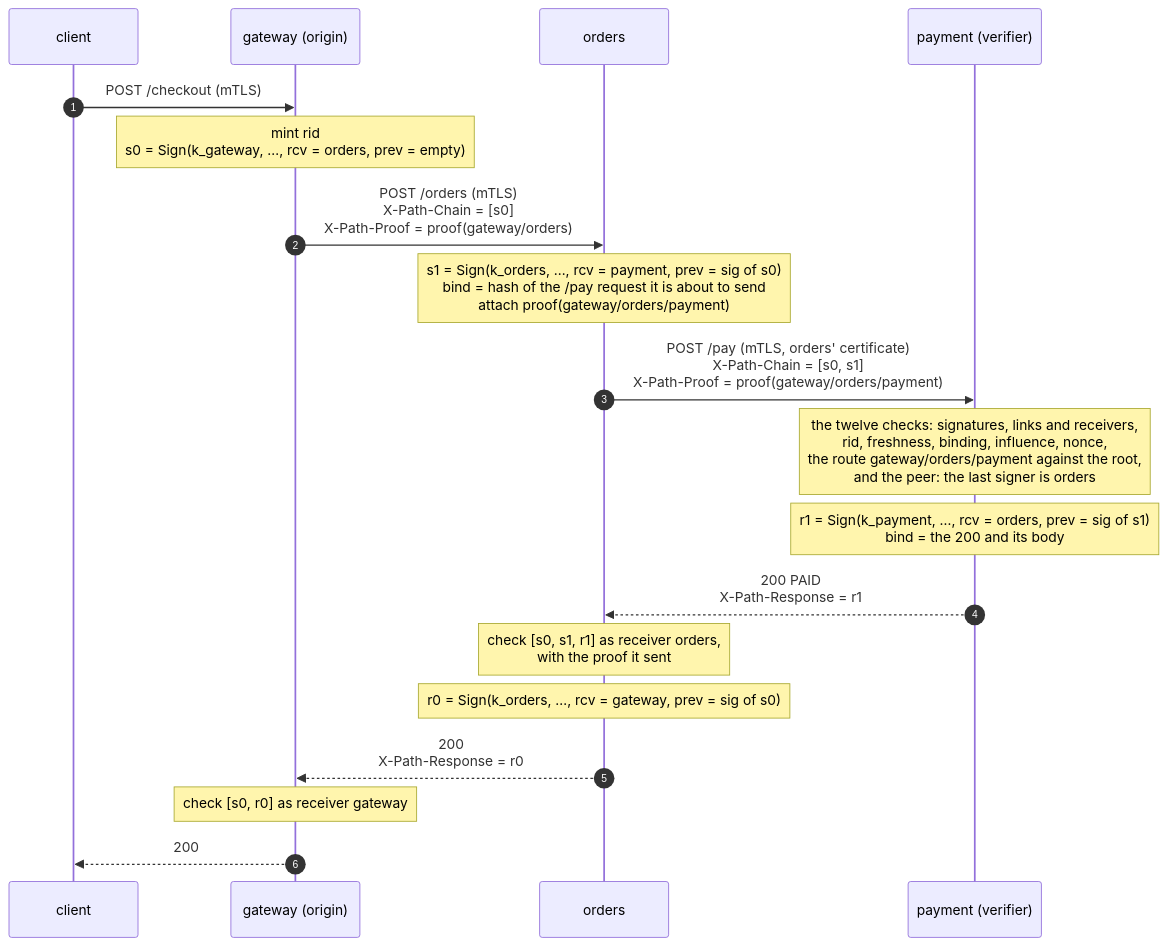
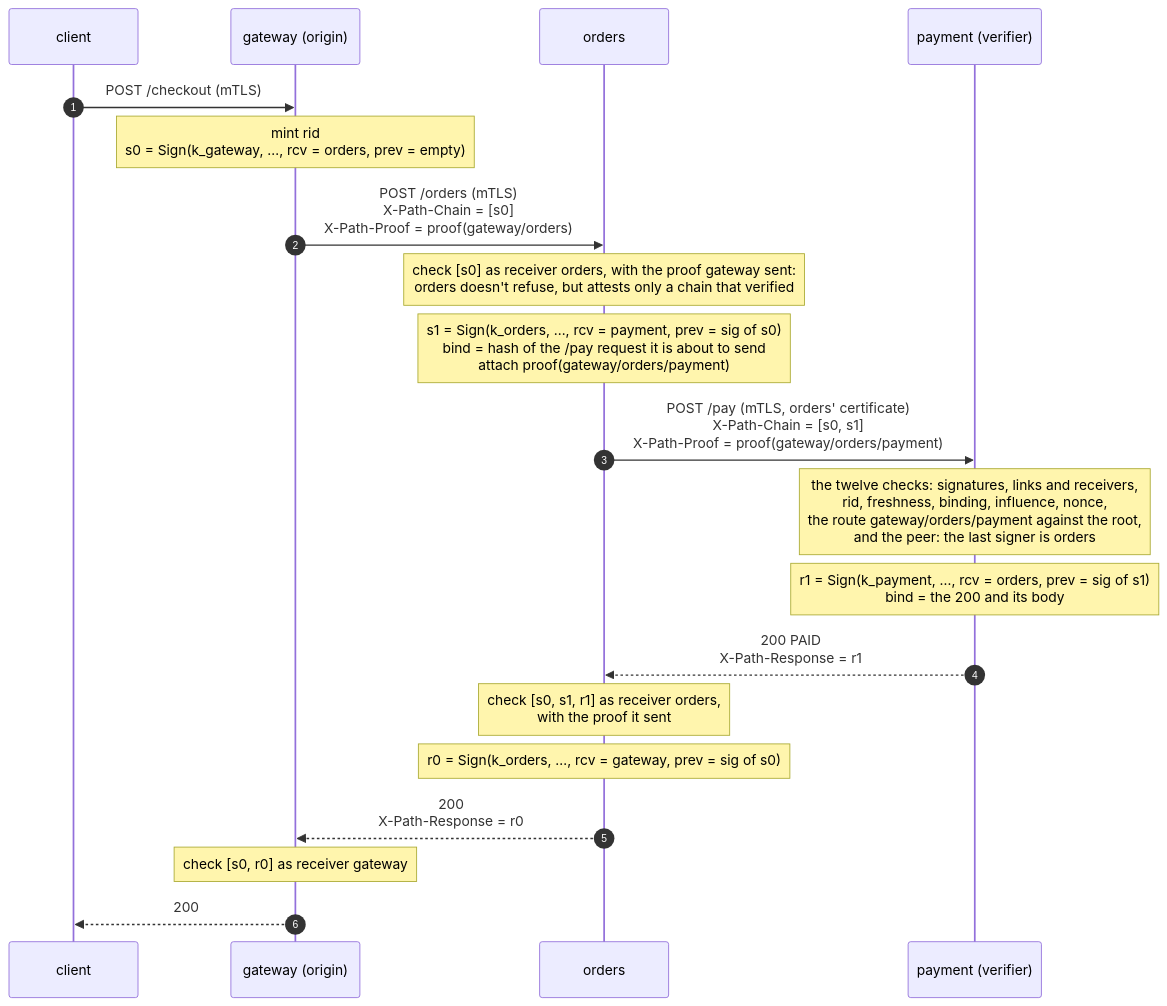
One commit to dumbsly/paztport changed the second of 6 diagrams in poc-demos/java-mesh/README.md. Above: the diagram before and after it, drawn with Mermaid. The commit also changed other lines of this file and 4 other files, not shown here.

````diff
--- a/poc-demos/java-mesh/README.md
+++ b/poc-demos/java-mesh/README.md
@@ -63,22 +63,23 @@
 ```mermaid
 sequenceDiagram
     autonumber
     participant C as client
     participant G as gateway (origin)
     participant O as orders
     participant P as payment (verifier)
 
     C->>G: POST /checkout (mTLS)
     Note over G: mint rid<br/>s0 = Sign(k_gateway, …, rcv = orders, prev = empty)
     G->>O: POST /orders (mTLS)<br/>X-Path-Chain = [s0]<br/>X-Path-Proof = proof(gateway/orders)
+    Note over O: check [s0] as receiver orders, with the proof gateway sent:<br/>orders doesn't refuse, but attests only a chain that verified
     Note over O: s1 = Sign(k_orders, …, rcv = payment, prev = sig of s0)<br/>bind = hash of the /pay request it is about to send<br/>attach proof(gateway/orders/payment)
     O->>P: POST /pay (mTLS, orders' certificate)<br/>X-Path-Chain = [s0, s1]<br/>X-Path-Proof = proof(gateway/orders/payment)
     Note over P: the twelve checks: signatures, links and receivers,<br/>rid, freshness, binding, influence, nonce,<br/>the route gateway/orders/payment against the root,<br/>and the peer: the last signer is orders
     Note over P: r1 = Sign(k_payment, …, rcv = orders, prev = sig of s1)<br/>bind = the 200 and its body
     P-->>O: 200 PAID<br/>X-Path-Response = r1
     Note over O: check [s0, s1, r1] as receiver orders,<br/>with the proof it sent
     Note over O: r0 = Sign(k_orders, …, rcv = gateway, prev = sig of s0)
     O-->>G: 200<br/>X-Path-Response = r0
     Note over G: check [s0, r0] as receiver gateway
     G-->>C: 200
 ```
````
